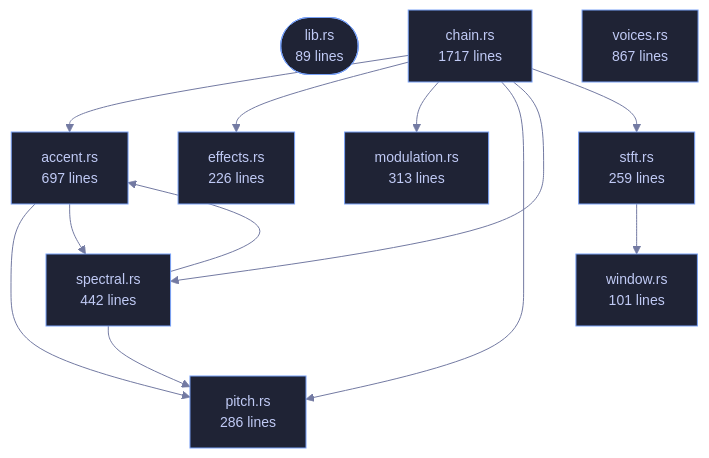
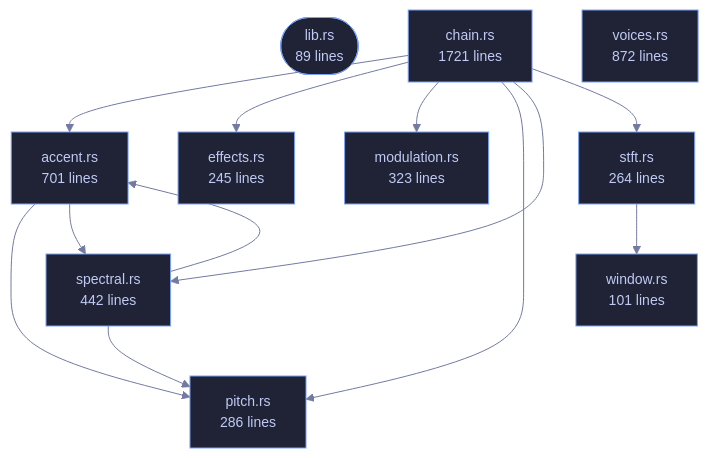
One commit to tilas01/veilvoice changed the diagram in wiki/Crate-veilvoice-core.md. Above: the diagram before and after it, drawn with Mermaid. The commit also changed other lines of this file and 528 other files, not shown here.

````diff
--- a/wiki/Crate-veilvoice-core.md
+++ b/wiki/Crate-veilvoice-core.md
@@ -92,35 +92,35 @@
 ```mermaid
 %%{init: {"theme":"base","themeVariables":{"background":"#1a1b26","primaryColor":"#1f2335","primaryTextColor":"#c0caf5","primaryBorderColor":"#7aa2f7","secondaryColor":"#16161e","tertiaryColor":"#16161e","lineColor":"#737aa2","textColor":"#c0caf5","mainBkg":"#1f2335","nodeBorder":"#7aa2f7","clusterBkg":"#16161e","clusterBorder":"#2f3549","fontFamily":"ui-monospace, SFMono-Regular, Consolas, monospace","fontSize":"14px"}}}%%
 flowchart TD
     n_lib(["lib.rs<br/>89 lines"])
-    n_accent["accent.rs<br/>697 lines"]
-    n_chain["chain.rs<br/>1717 lines"]
-    n_effects["effects.rs<br/>226 lines"]
-    n_modulation["modulation.rs<br/>313 lines"]
+    n_accent["accent.rs<br/>701 lines"]
+    n_chain["chain.rs<br/>1721 lines"]
+    n_effects["effects.rs<br/>245 lines"]
+    n_modulation["modulation.rs<br/>323 lines"]
     n_pitch["pitch.rs<br/>286 lines"]
     n_spectral["spectral.rs<br/>442 lines"]
-    n_stft["stft.rs<br/>259 lines"]
-    n_voices["voices.rs<br/>867 lines"]
+    n_stft["stft.rs<br/>264 lines"]
+    n_voices["voices.rs<br/>872 lines"]
     n_window["window.rs<br/>101 lines"]
     n_accent --> n_pitch
     n_accent --> n_spectral
     n_chain --> n_accent
     n_chain --> n_effects
     n_chain --> n_modulation
     n_chain --> n_pitch
     n_chain --> n_spectral
     n_chain --> n_stft
     n_spectral --> n_accent
     n_spectral --> n_pitch
     n_stft --> n_window
     click n_lib href "https://github.com/tilas01/veilvoice/blob/main/crates/veilvoice-core/src/lib.rs" "open the source"
     click n_accent href "https://github.com/tilas01/veilvoice/blob/main/crates/veilvoice-core/src/accent.rs" "open the source"
     click n_chain href "https://github.com/tilas01/veilvoice/blob/main/crates/veilvoice-core/src/chain.rs" "open the source"
     click n_effects href "https://github.com/tilas01/veilvoice/blob/main/crates/veilvoice-core/src/effects.rs" "open the source"
     click n_modulation href "https://github.com/tilas01/veilvoice/blob/main/crates/veilvoice-core/src/modulation.rs" "open the source"
     click n_pitch href "https://github.com/tilas01/veilvoice/blob/main/crates/veilvoice-core/src/pitch.rs" "open the source"
     click n_spectral href "https://github.com/tilas01/veilvoice/blob/main/crates/veilvoice-core/src/spectral.rs" "open the source"
     click n_stft href "https://github.com/tilas01/veilvoice/blob/main/crates/veilvoice-core/src/stft.rs" "open the source"
     click n_voices href "https://github.com/tilas01/veilvoice/blob/main/crates/veilvoice-core/src/voices.rs" "open the source"
     click n_window href "https://github.com/tilas01/veilvoice/blob/main/crates/veilvoice-core/src/window.rs" "open the source"
 ```
````
